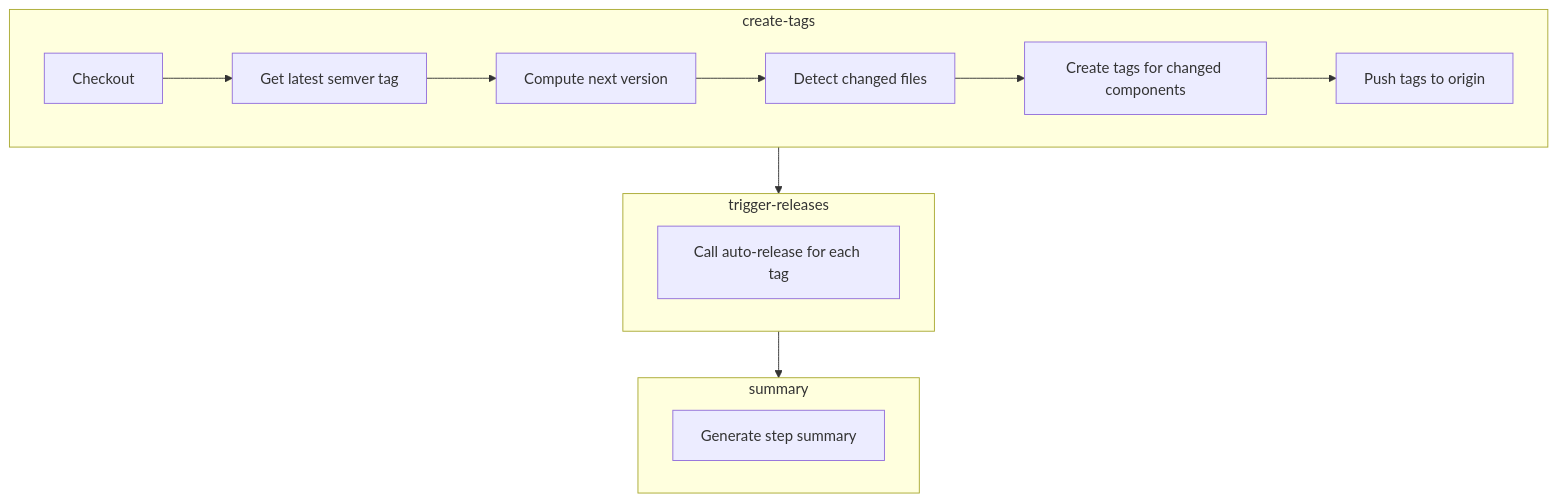
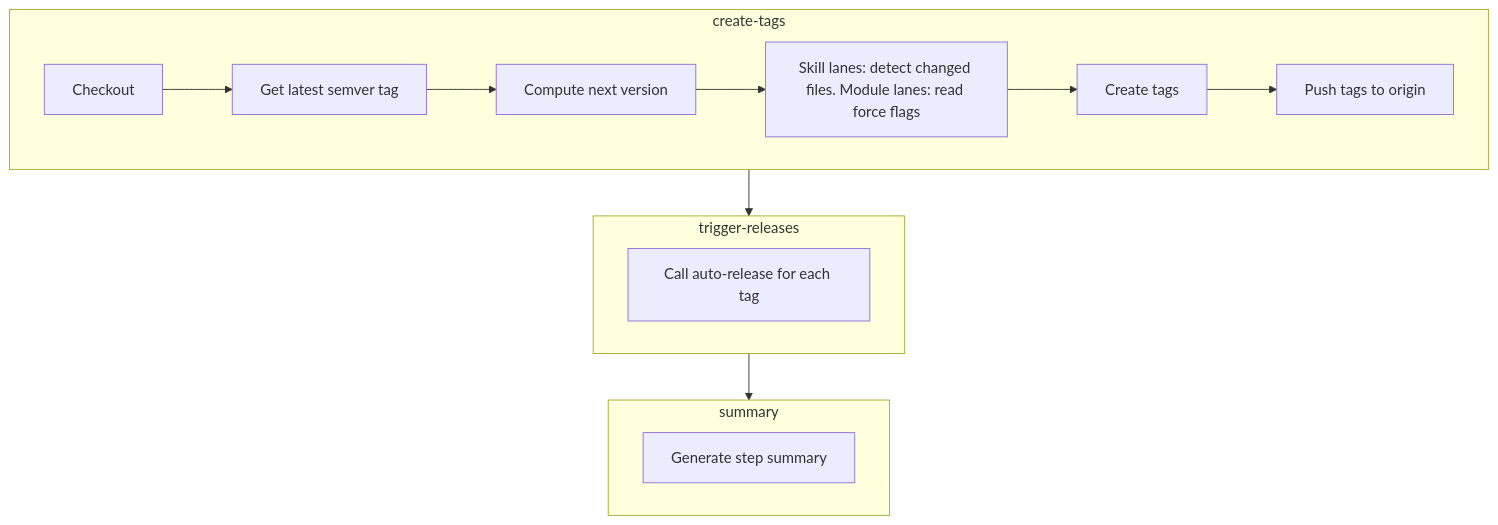
The second of 2 diagrams in .github/workflows/docs/auto-tags.md (plantonhq/openmcf), drawn with Mermaid before and after one commit. The commit also changed other lines of this file and 2 other files, not shown here.

First line of the commit message:
ci(auto-tag): module tags are dispatch-only; skill lanes keep tagging on push

````diff
--- a/.github/workflows/docs/auto-tags.md
+++ b/.github/workflows/docs/auto-tags.md
@@ -106,21 +101,21 @@
 ```mermaid
 flowchart TB
     subgraph createTags [create-tags]
         A[Checkout] --> B[Get latest semver tag]
         B --> C[Compute next version]
-        C --> D[Detect changed files]
-        D --> E[Create tags for changed components]
+        C --> D[Skill lanes: detect changed files. Module lanes: read force flags]
+        D --> E[Create tags]
         E --> F[Push tags to origin]
     end
 
     subgraph triggerReleases [trigger-releases]
         G[Call auto-release for each tag]
     end
 
     subgraph summary [summary]
         H[Generate step summary]
     end
 
     createTags --> triggerReleases
     triggerReleases --> summary
 ```
````
